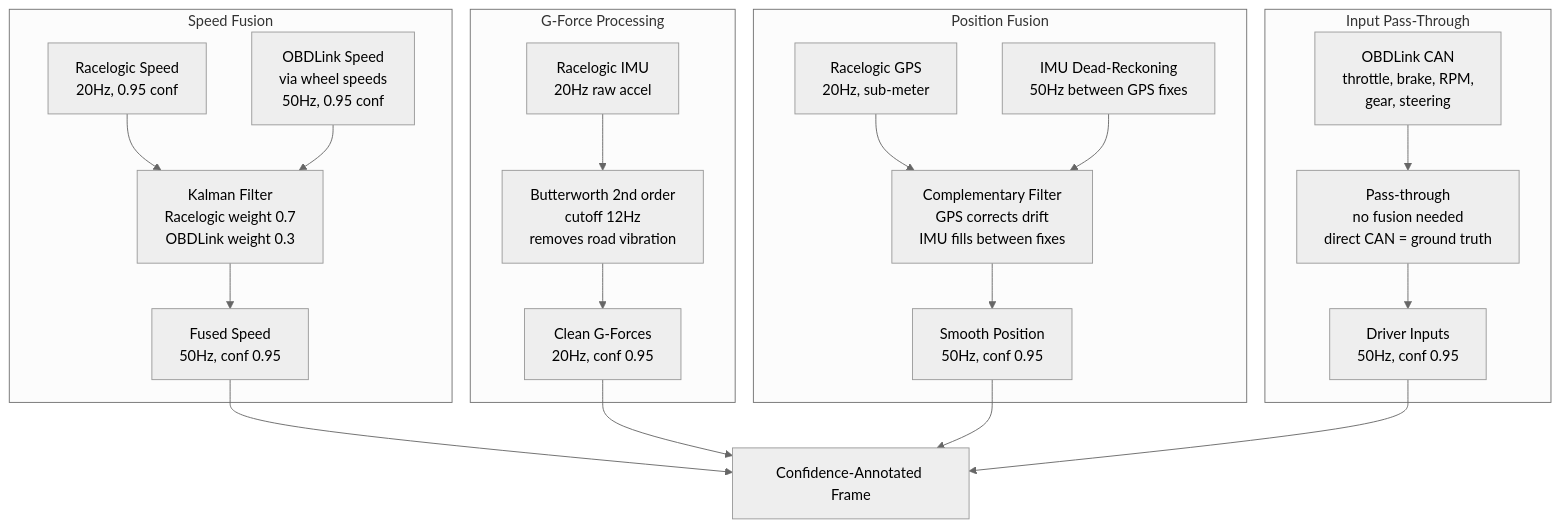
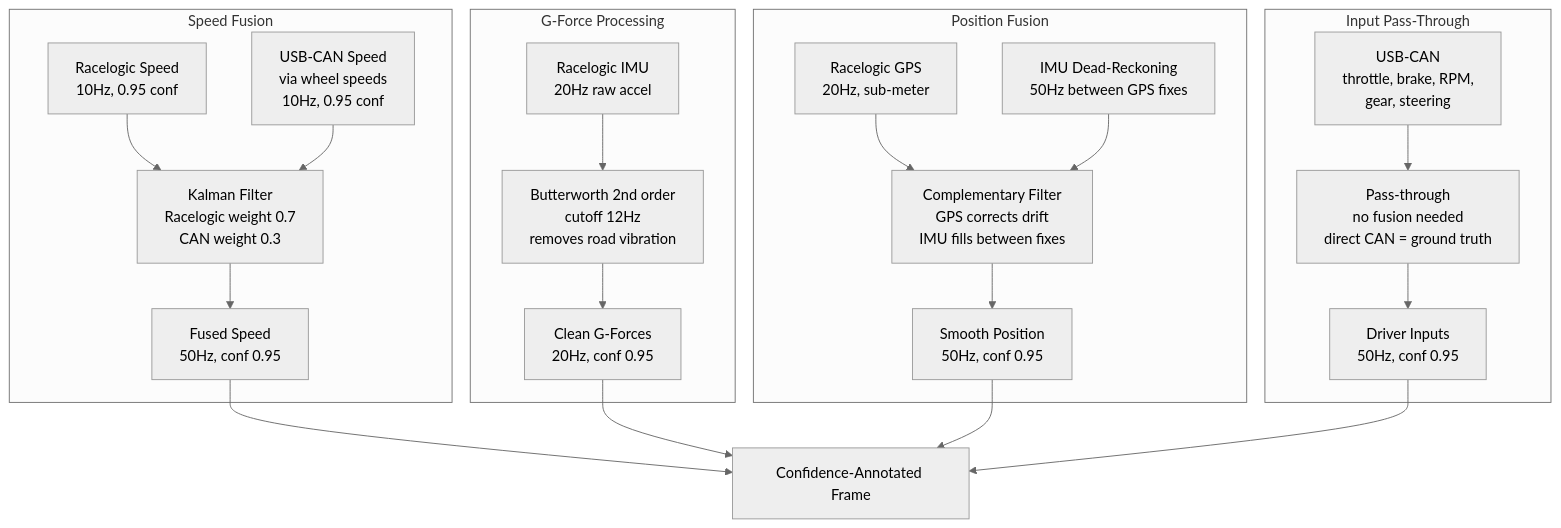
The first of 2 diagrams in docs/telemetry-pipeline.md (mlnomadpy/pitwall), drawn with Mermaid (neutral theme) before and after one commit. The commit also changed other lines of this file and 47 other files, not shown here.

````diff
--- a/docs/telemetry-pipeline.md
+++ b/docs/telemetry-pipeline.md
@@ -65,29 +65,29 @@
 ```mermaid
 graph TB
     subgraph Speed Fusion
-        RL_SPD[Racelogic Speed<br/>20Hz, 0.95 conf] --> KF[Kalman Filter<br/>Racelogic weight 0.7<br/>OBDLink weight 0.3]
-        OBD_SPD[OBDLink Speed<br/>via wheel speeds<br/>50Hz, 0.95 conf] --> KF
+        RL_SPD[Racelogic Speed<br/>10Hz, 0.95 conf] --> KF[Kalman Filter<br/>Racelogic weight 0.7<br/>CAN weight 0.3]
+        OBD_SPD[USB-CAN Speed<br/>via wheel speeds<br/>10Hz, 0.95 conf] --> KF
         KF --> SPEED[Fused Speed<br/>50Hz, conf 0.95]
     end
 
     subgraph G-Force Processing
         RL_IMU[Racelogic IMU<br/>20Hz raw accel] --> BW[Butterworth 2nd order<br/>cutoff 12Hz<br/>removes road vibration]
         BW --> GFORCE[Clean G-Forces<br/>20Hz, conf 0.95]
     end
 
     subgraph Position Fusion
         RL_GPS[Racelogic GPS<br/>20Hz, sub-meter] --> CF[Complementary Filter<br/>GPS corrects drift<br/>IMU fills between fixes]
         RL_DR[IMU Dead-Reckoning<br/>50Hz between GPS fixes] --> CF
         CF --> POS[Smooth Position<br/>50Hz, conf 0.95]
     end
 
     subgraph Input Pass-Through
-        OBD_IN[OBDLink CAN<br/>throttle, brake, RPM,<br/>gear, steering] --> PASS[Pass-through<br/>no fusion needed<br/>direct CAN = ground truth]
+        OBD_IN[USB-CAN<br/>throttle, brake, RPM,<br/>gear, steering] --> PASS[Pass-through<br/>no fusion needed<br/>direct CAN = ground truth]
         PASS --> INPUTS[Driver Inputs<br/>50Hz, conf 0.95]
     end
 
     SPEED --> FRAME[Confidence-Annotated Frame]
     GFORCE --> FRAME
     POS --> FRAME
     INPUTS --> FRAME
 ```
````
